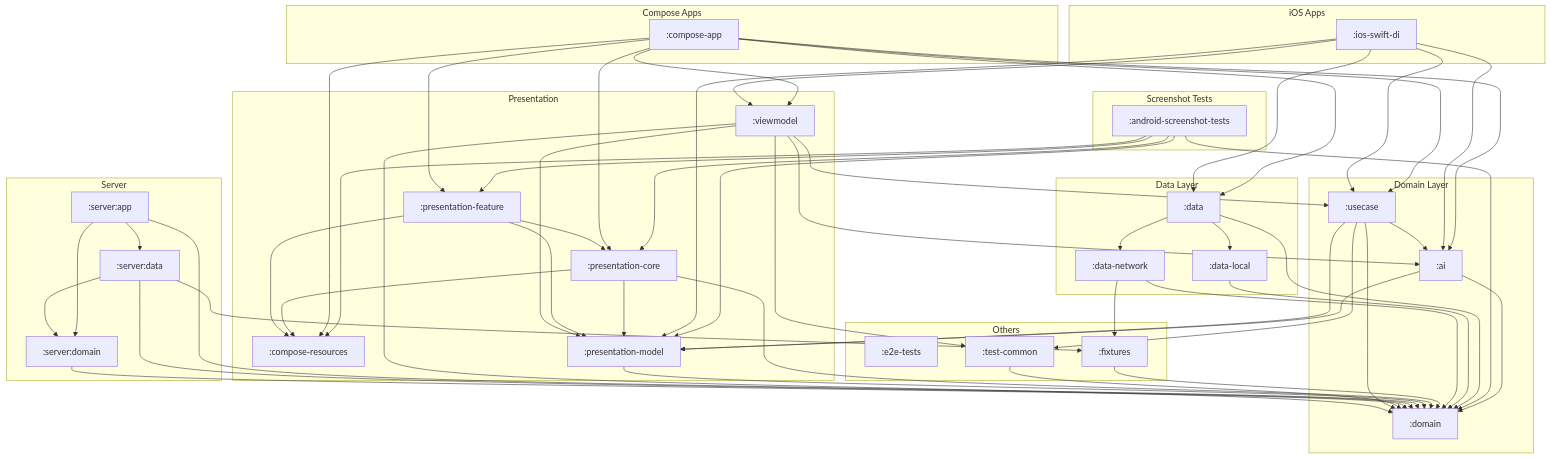
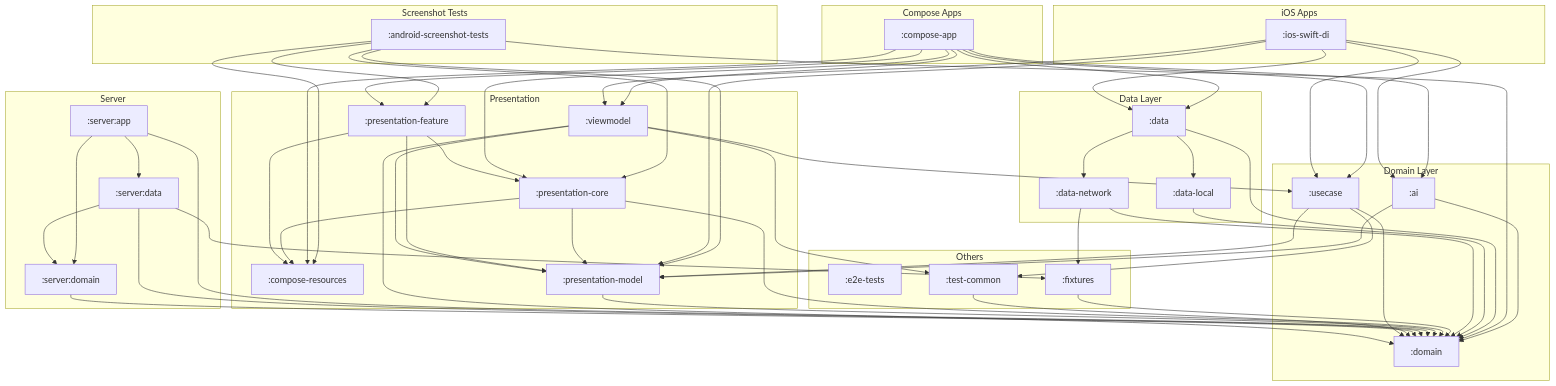
Before and after one commit to cartland/battery-butler: the diagram in docs/diagrams/kotlin_module_structure.mmd, drawn with Mermaid. The commit also changed 4 other files, not shown here.

Commit message:
docs(generated): Regenerate architecture diagrams and analysis

```diff
--- a/docs/diagrams/kotlin_module_structure.mmd
+++ b/docs/diagrams/kotlin_module_structure.mmd
@@ -1,112 +1,110 @@
 graph TD
     subgraph "iOS Apps"
         IosSwiftDi[":ios-swift-di"]
     end
 
     subgraph "Compose Apps"
         ComposeApp[":compose-app"]
     end
 
     subgraph "Server"
         ServerApp[":server:app"]
         ServerData[":server:data"]
         ServerDomain[":server:domain"]
     end
 
     subgraph "Presentation"
         ComposeResources[":compose-resources"]
         PresentationCore[":presentation-core"]
         PresentationFeature[":presentation-feature"]
         PresentationModel[":presentation-model"]
         Viewmodel[":viewmodel"]
     end
 
     subgraph "Domain Layer"
         Ai[":ai"]
         Domain[":domain"]
         Usecase[":usecase"]
     end
 
     subgraph "Data Layer"
         Data[":data"]
         DataLocal[":data-local"]
         DataNetwork[":data-network"]
     end
 
     subgraph "Screenshot Tests"
         AndroidScreenshotTests[":android-screenshot-tests"]
     end
 
     subgraph "Others"
         E2eTests[":e2e-tests"]
         Fixtures[":fixtures"]
         TestCommon[":test-common"]
     end
 
     %% Dependencies
     Ai --> Domain
     Ai --> PresentationModel
 
     AndroidScreenshotTests --> ComposeResources
     AndroidScreenshotTests --> Domain
     AndroidScreenshotTests --> PresentationCore
     AndroidScreenshotTests --> PresentationFeature
     AndroidScreenshotTests --> PresentationModel
 
     ComposeApp --> Ai
     ComposeApp --> ComposeResources
     ComposeApp --> Data
     ComposeApp --> PresentationCore
     ComposeApp --> PresentationFeature
     ComposeApp --> Usecase
     ComposeApp --> Viewmodel
 
     Data --> DataLocal
     Data --> DataNetwork
     Data --> Domain
 
     DataLocal --> Domain
 
     DataNetwork --> Domain
     DataNetwork --> Fixtures
 
     Fixtures --> Domain
 
     IosSwiftDi --> Ai
     IosSwiftDi --> Data
     IosSwiftDi --> PresentationModel
     IosSwiftDi --> Usecase
     IosSwiftDi --> Viewmodel
 
     PresentationCore --> ComposeResources
     PresentationCore --> Domain
     PresentationCore --> PresentationModel
 
     PresentationFeature --> ComposeResources
     PresentationFeature --> PresentationCore
     PresentationFeature --> PresentationModel
 
     PresentationModel --> Domain
 
     ServerApp --> Domain
     ServerApp --> ServerData
     ServerApp --> ServerDomain
 
     ServerData --> Domain
     ServerData --> Fixtures
     ServerData --> ServerDomain
 
     ServerDomain --> Domain
 
     TestCommon --> Domain
 
-    Usecase --> Ai
     Usecase --> Domain
     Usecase --> PresentationModel
     Usecase --> TestCommon
 
-    Viewmodel --> Ai
     Viewmodel --> Domain
     Viewmodel --> PresentationModel
     Viewmodel --> TestCommon
     Viewmodel --> Usecase
```
